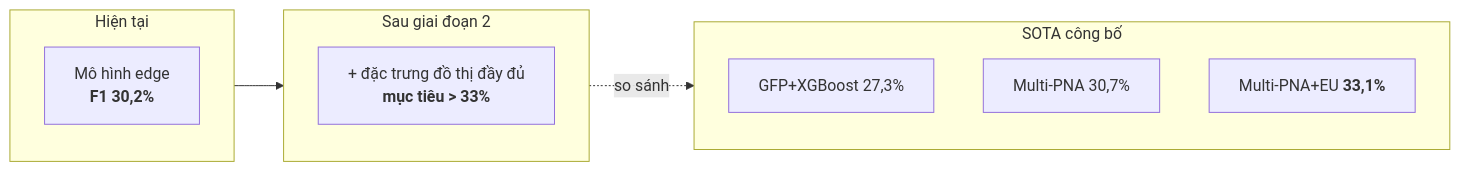
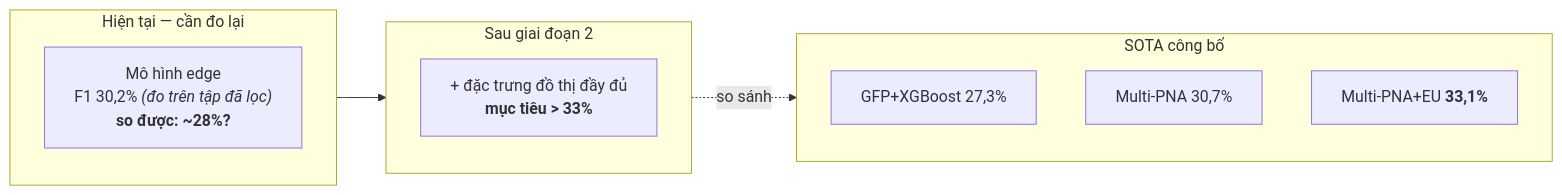
One commit to fiezen13/aml-monitoring-investigation-system changed the fourth of 4 diagrams in docs/KE_HOACH_LAM_LAI_MODEL.md. Above: the diagram before and after it, drawn with Mermaid. The commit also changed other lines of this file and 1 other file, not shown here.

First line of the commit message:
docs: nói rõ F1 30,2% đo trên tập đã lọc nên không so được với bài báo

````diff
--- a/docs/KE_HOACH_LAM_LAI_MODEL.md
+++ b/docs/KE_HOACH_LAM_LAI_MODEL.md
@@ -324,16 +365,16 @@
 ```mermaid
 flowchart LR
-    subgraph now["Hiện tại"]
-        N1["Mô hình edge<br/><b>F1 30,2%</b>"]
+    subgraph now["Hiện tại — cần đo lại"]
+        N1["Mô hình edge<br/>F1 30,2% <i>(đo trên tập đã lọc)</i><br/><b>so được: ~28%?</b>"]
     end
     subgraph target["Sau giai đoạn 2"]
         T1["+ đặc trưng đồ thị đầy đủ<br/><b>mục tiêu > 33%</b>"]
     end
     subgraph sota["SOTA công bố"]
         S1["GFP+XGBoost 27,3%"]
         S2["Multi-PNA 30,7%"]
         S3["Multi-PNA+EU <b>33,1%</b>"]
     end
     now --> target
     target -.->|"so sánh"| sota
 ```
````
